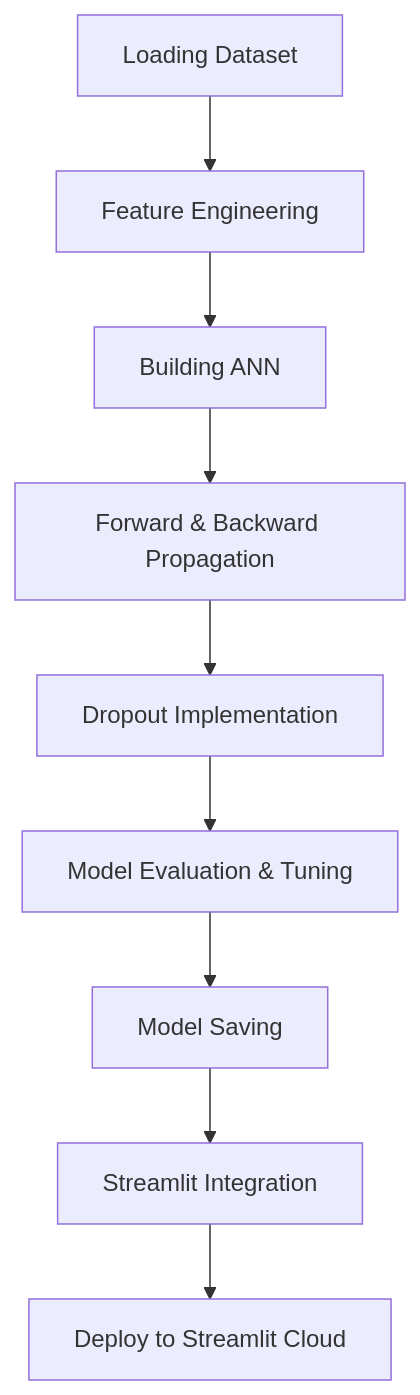
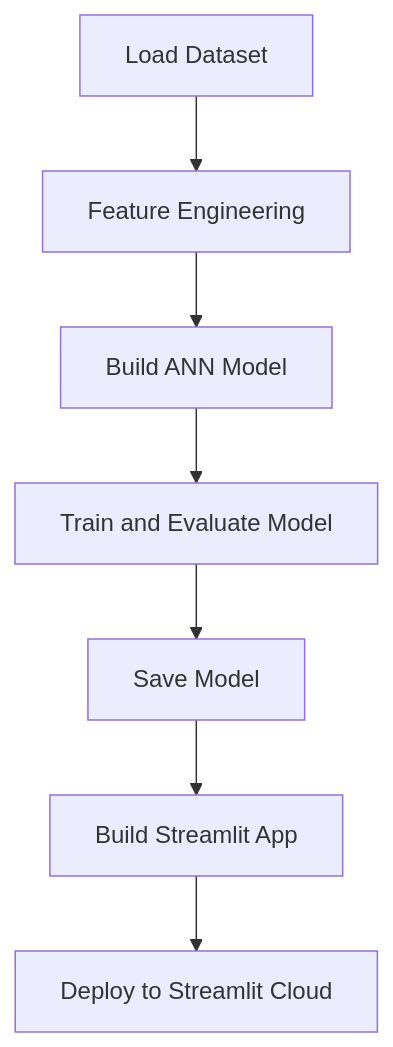
The first of 2 diagrams in README.md (mukesh1996-ds/Bank-Churn-Modeling-using-ANN), drawn with Mermaid before and after one commit. The commit also changed other lines of this file and 9 other files, not shown here.

````diff
--- a/README.md
+++ b/README.md
@@ -46,11 +46,9 @@
 ```mermaid
 graph TD
-    A[Loading Dataset] --> B[Feature Engineering]
-    B --> C[Building ANN]
-    C --> D[Forward & Backward Propagation]
-    D --> E[Dropout Implementation]
-    E --> F[Model Evaluation & Tuning]
-    F --> G[Model Saving]
-    G --> H[Streamlit Integration]
-    H --> I[Deploy to Streamlit Cloud]
+    A[Load Dataset] --> B[Feature Engineering]
+    B --> C[Build ANN Model]
+    C --> D[Train and Evaluate Model]
+    D --> E[Save Model]
+    E --> F[Build Streamlit App]
+    F --> G[Deploy to Streamlit Cloud]
 ```
````
